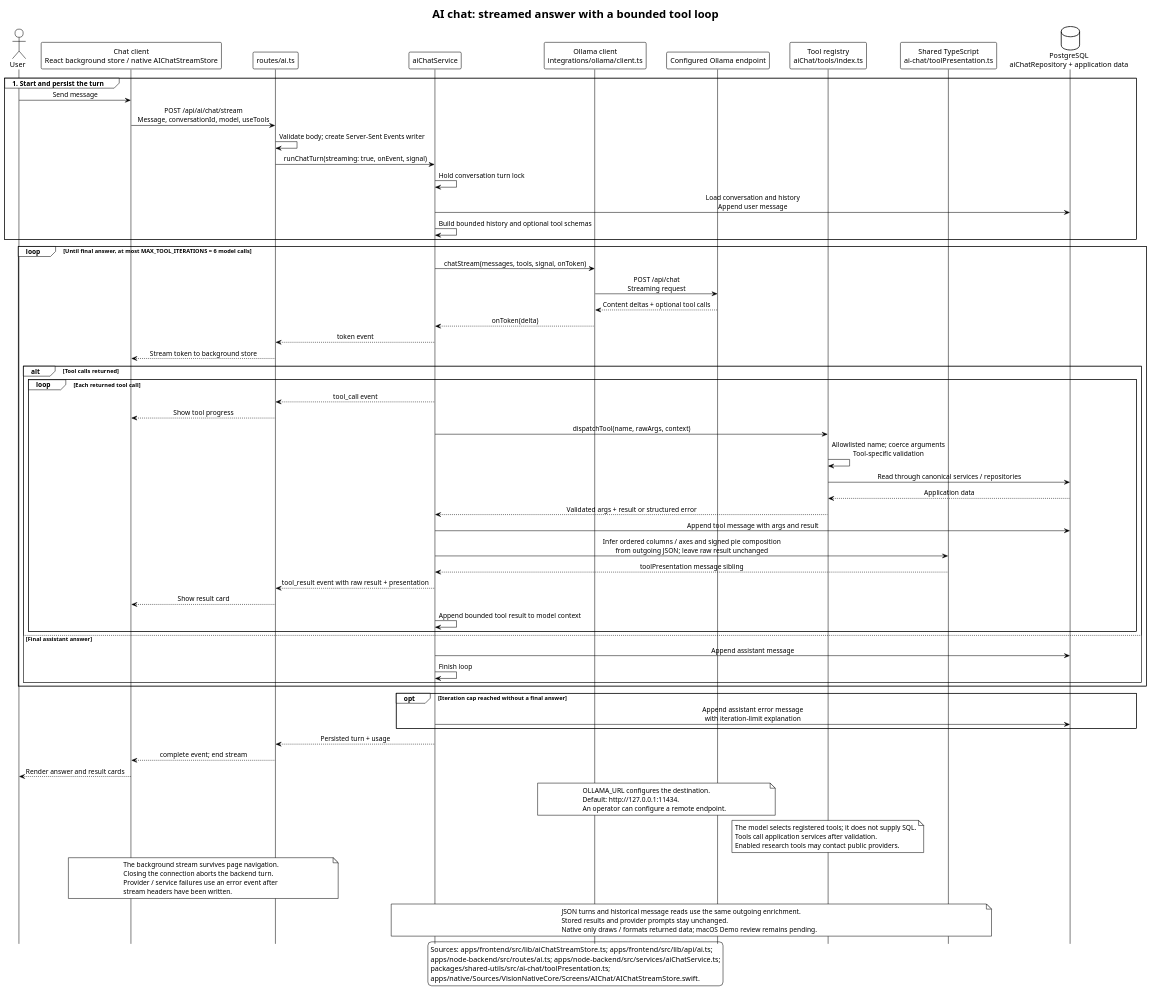
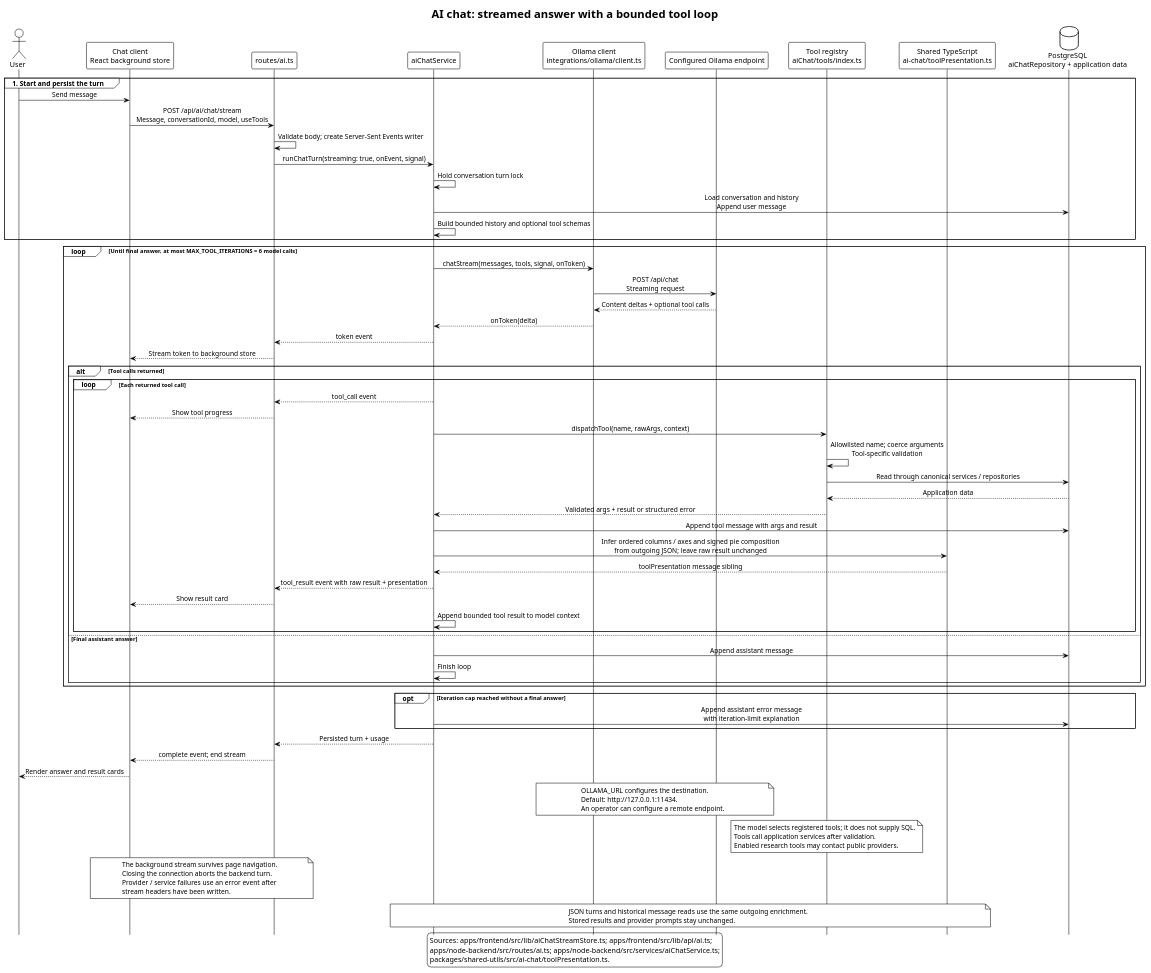
Before and after one commit to EraPartner/Vision: the diagram in docs/diagrams/ai-chat-tool-loop.puml, drawn with PlantUML. The commit also changed 843 other files, not shown here.

First line of the commit message:
chore(native): retire the Vision Native Swift port (#290)

```diff
--- a/docs/diagrams/ai-chat-tool-loop.puml
+++ b/docs/diagrams/ai-chat-tool-loop.puml
@@ -1,98 +1,96 @@
 @startuml ai-chat-tool-loop
 title AI chat: streamed answer with a bounded tool loop
 
 !theme plain
 hide footbox
 skinparam participantPadding 15
 skinparam sequenceMessageAlign center
 
 actor User
-participant "Chat client\nReact background store / native AIChatStreamStore" as Frontend
+participant "Chat client\nReact background store" as Frontend
 participant "routes/ai.ts" as Route
 participant "aiChatService" as Chat
 participant "Ollama client\nintegrations/ollama/client.ts" as Client
 participant "Configured Ollama endpoint" as Ollama
 participant "Tool registry\naiChat/tools/index.ts" as Tools
 participant "Shared TypeScript\nai-chat/toolPresentation.ts" as Presentation
 database "PostgreSQL\naiChatRepository + application data" as DB
 
 group 1. Start and persist the turn
   User -> Frontend : Send message
   Frontend -> Route : POST /api/ai/chat/stream\nMessage, conversationId, model, useTools
   Route -> Route : Validate body; create Server-Sent Events writer
   Route -> Chat : runChatTurn(streaming: true, onEvent, signal)
   Chat -> Chat : Hold conversation turn lock
   Chat -> DB : Load conversation and history\nAppend user message
   Chat -> Chat : Build bounded history and optional tool schemas
 end
 
 loop Until final answer, at most MAX_TOOL_ITERATIONS = 6 model calls
   Chat -> Client : chatStream(messages, tools, signal, onToken)
   Client -> Ollama : POST /api/chat\nStreaming request
   Ollama --> Client : Content deltas + optional tool calls
   Client --> Chat : onToken(delta)
   Chat --> Route : token event
   Route --> Frontend : Stream token to background store
 
   alt Tool calls returned
     loop Each returned tool call
       Chat --> Route : tool_call event
       Route --> Frontend : Show tool progress
       Chat -> Tools : dispatchTool(name, rawArgs, context)
       Tools -> Tools : Allowlisted name; coerce arguments\nTool-specific validation
       Tools -> DB : Read through canonical services / repositories
       DB --> Tools : Application data
       Tools --> Chat : Validated args + result or structured error
       Chat -> DB : Append tool message with args and result
       Chat -> Presentation : Infer ordered columns / axes and signed pie composition\nfrom outgoing JSON; leave raw result unchanged
       Presentation --> Chat : toolPresentation message sibling
       Chat --> Route : tool_result event with raw result + presentation
       Route --> Frontend : Show result card
       Chat -> Chat : Append bounded tool result to model context
     end
   else Final assistant answer
     Chat -> DB : Append assistant message
     Chat -> Chat : Finish loop
   end
 end
 
 opt Iteration cap reached without a final answer
   Chat -> DB : Append assistant error message\nwith iteration-limit explanation
 end
 Chat --> Route : Persisted turn + usage
 Route --> Frontend : complete event; end stream
 Frontend --> User : Render answer and result cards
 
 note over Client, Ollama
   OLLAMA_URL configures the destination.
   Default: http://127.0.0.1:11434.
   An operator can configure a remote endpoint.
 end note
 
 note over Tools
   The model selects registered tools; it does not supply SQL.
   Tools call application services after validation.
   Enabled research tools may contact public providers.
 end note
 
 note over Frontend, Route
   The background stream survives page navigation.
   Closing the connection aborts the backend turn.
   Provider / service failures use an error event after
   stream headers have been written.
 end note
 
 note over Chat, Presentation
   JSON turns and historical message reads use the same outgoing enrichment.
   Stored results and provider prompts stay unchanged.
-  Native only draws / formats returned data; macOS Demo review remains pending.
 end note
 
 legend bottom
   Sources: apps/frontend/src/lib/aiChatStreamStore.ts; apps/frontend/src/lib/api/ai.ts;
   apps/node-backend/src/routes/ai.ts; apps/node-backend/src/services/aiChatService.ts;
-  packages/shared-utils/src/ai-chat/toolPresentation.ts;
-  apps/native/Sources/VisionNativeCore/Screens/AIChat/AIChatStreamStore.swift.
+  packages/shared-utils/src/ai-chat/toolPresentation.ts.
 endlegend
 
 @enduml
```
